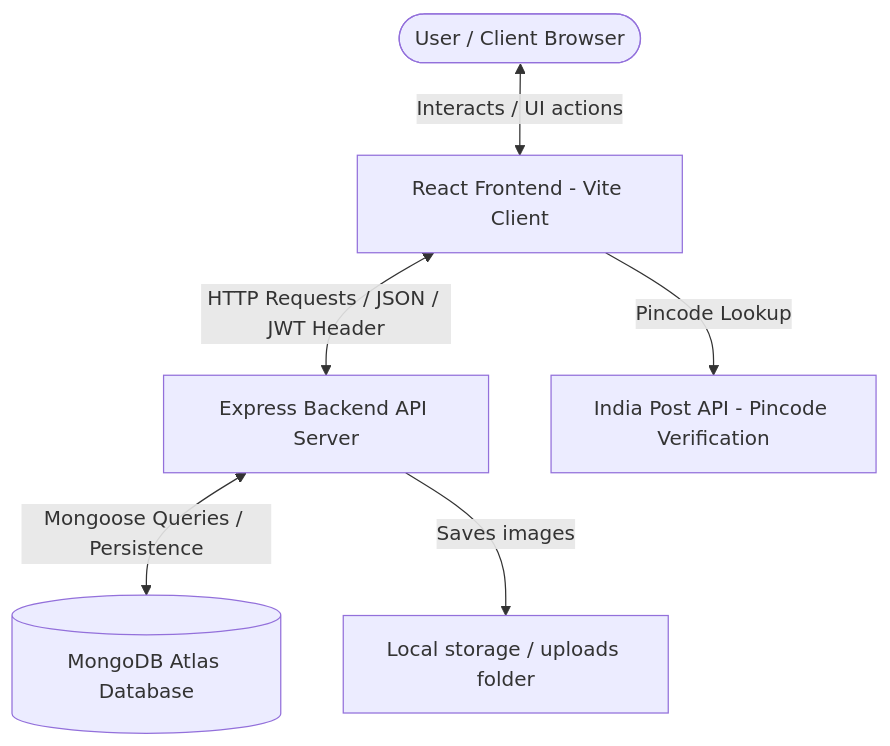
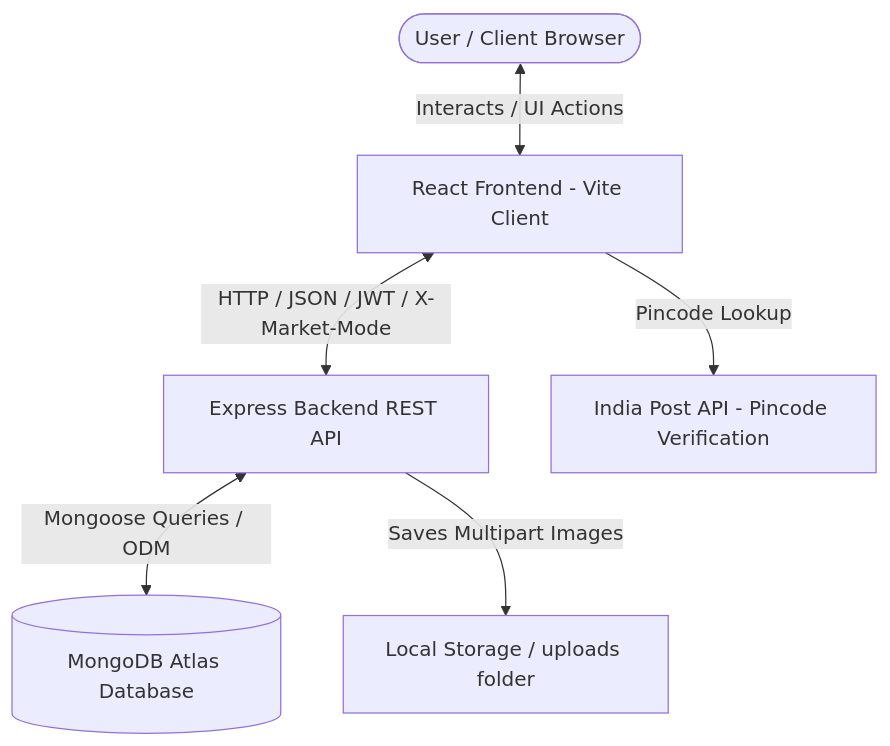
Before and after one commit to namanraid65/agriproject: the diagram in README.md, drawn with Mermaid. The commit also changed other lines of this file, not shown here.

Commit message:
docs: enrich and update README.md with comprehensive project documentation, features matrix, and API reference

````diff
--- a/README.md
+++ b/README.md
@@ -52,15 +69,15 @@
 ```mermaid
 graph TD
     User([User / Client Browser])
     Vite[React Frontend - Vite Client]
-    Express[Express Backend API Server]
+    Express[Express Backend REST API]
     Mongo[(MongoDB Atlas Database)]
     Pincode[India Post API - Pincode Verification]
-    Uploads[Local storage / uploads folder]
+    Uploads[Local Storage / uploads folder]
     
-    User <--> |Interacts / UI actions| Vite
-    Vite <--> |HTTP Requests / JSON / JWT Header| Express
-    Express <--> |Mongoose Queries / Persistence| Mongo
+    User <--> |Interacts / UI Actions| Vite
+    Vite <--> |HTTP / JSON / JWT / X-Market-Mode| Express
+    Express <--> |Mongoose Queries / ODM| Mongo
     Vite --> |Pincode Lookup| Pincode
-    Express --> |Saves images| Uploads
+    Express --> |Saves Multipart Images| Uploads
 ```
````
